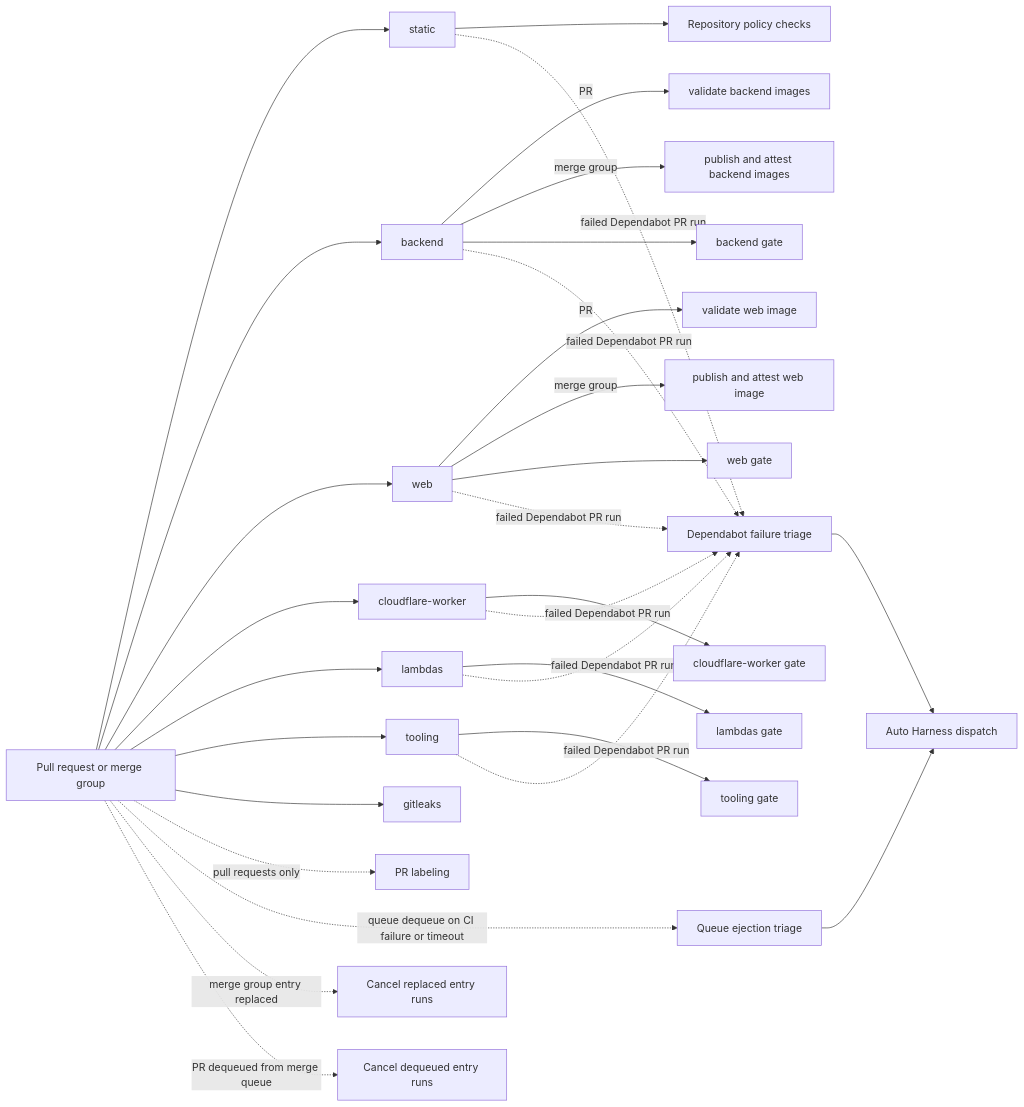
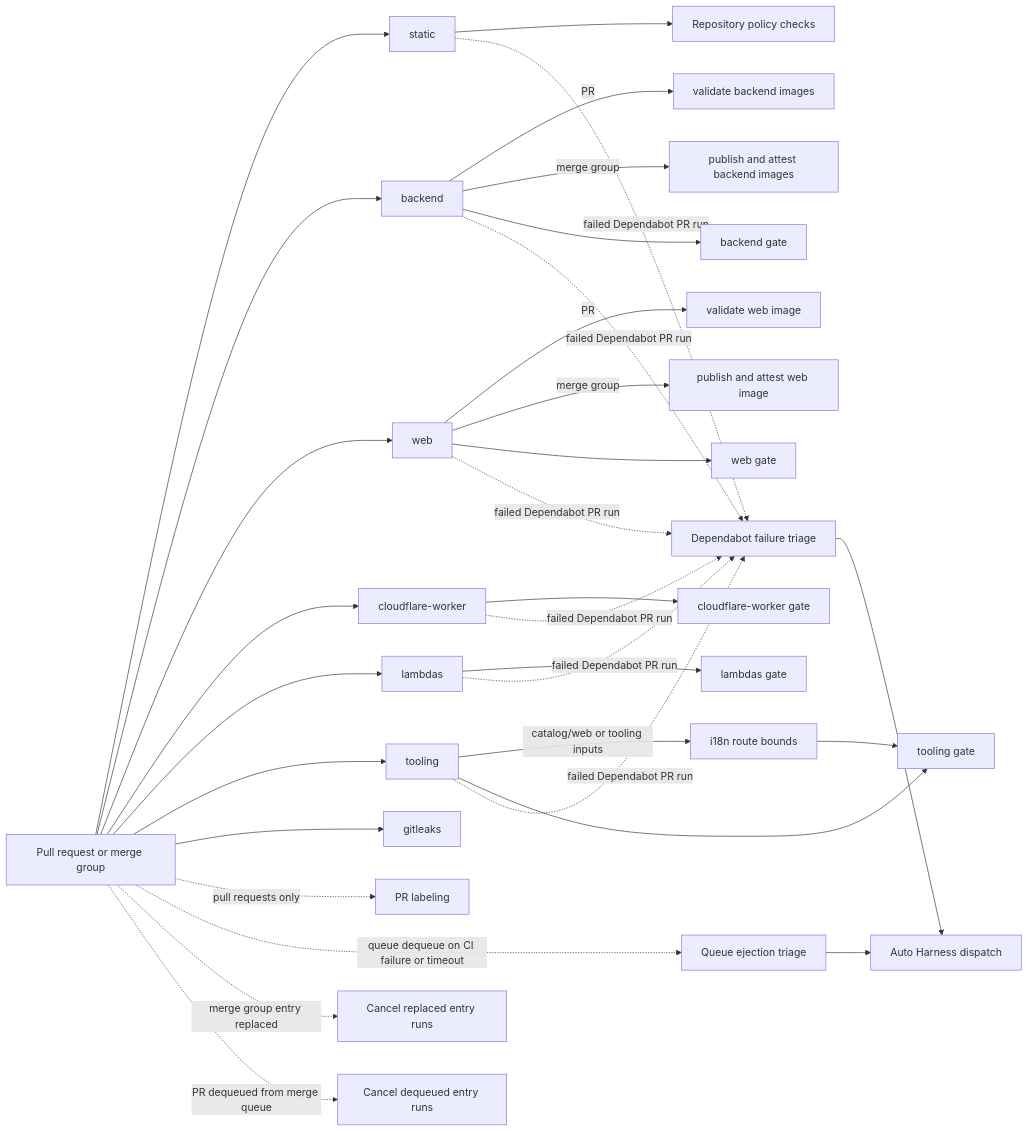
The diagram in docs/development/ci/workflows/reference-workflow-automation-pull-requests.md (vouchington/vouchington), drawn with Mermaid before and after one commit. The commit also changed other lines of this file and 7 other files, not shown here.

Commit message:
fix(ci): select i18n route bounds for catalog and web changes

````diff
--- a/docs/development/ci/workflows/reference-workflow-automation-pull-requests.md
+++ b/docs/development/ci/workflows/reference-workflow-automation-pull-requests.md
@@ -12,26 +18,28 @@
 ```mermaid
 flowchart LR
   event[Pull request or merge group] --> static[static]
   static --> static-code-analysis[Repository policy checks]
   event --> backend[backend]
   backend -->|PR| backendValidate[validate backend images]
   backend -->|merge group| backendPublish[publish and attest backend images]
   event --> web[web]
   web -->|PR| webValidate[validate web image]
   web -->|merge group| webPublish[publish and attest web image]
   event --> cloudflare-worker[cloudflare-worker]
   event --> lambdas[lambdas]
   event --> tooling[tooling]
+  tooling -->|catalog/web or tooling inputs| i18nBounds[i18n route bounds]
   event --> gitleaks[gitleaks]
   backend --> backendGate[backend gate]
   web --> webGate[web gate]
   cloudflare-worker --> cloudflare-worker-gate[cloudflare-worker gate]
   lambdas --> lambdasGate[lambdas gate]
   tooling --> toolingGate[tooling gate]
+  i18nBounds --> toolingGate
   event -. pull requests only .-> label-pr[PR labeling]
   static & backend & web & cloudflare-worker & lambdas & tooling -. failed Dependabot PR run .-> fix-dependabot[Dependabot failure triage]
   event -. queue dequeue on CI failure or timeout .-> merge-queue-ejection[Queue ejection triage]
   event -. merge group entry replaced .-> cancel-replaced-merge-group-runs[Cancel replaced entry runs]
   event -. PR dequeued from merge queue .-> cancel-dequeued-merge-group-runs[Cancel dequeued entry runs]
   fix-dependabot & merge-queue-ejection --> harness-dispatch[Auto Harness dispatch]
 ```
````
